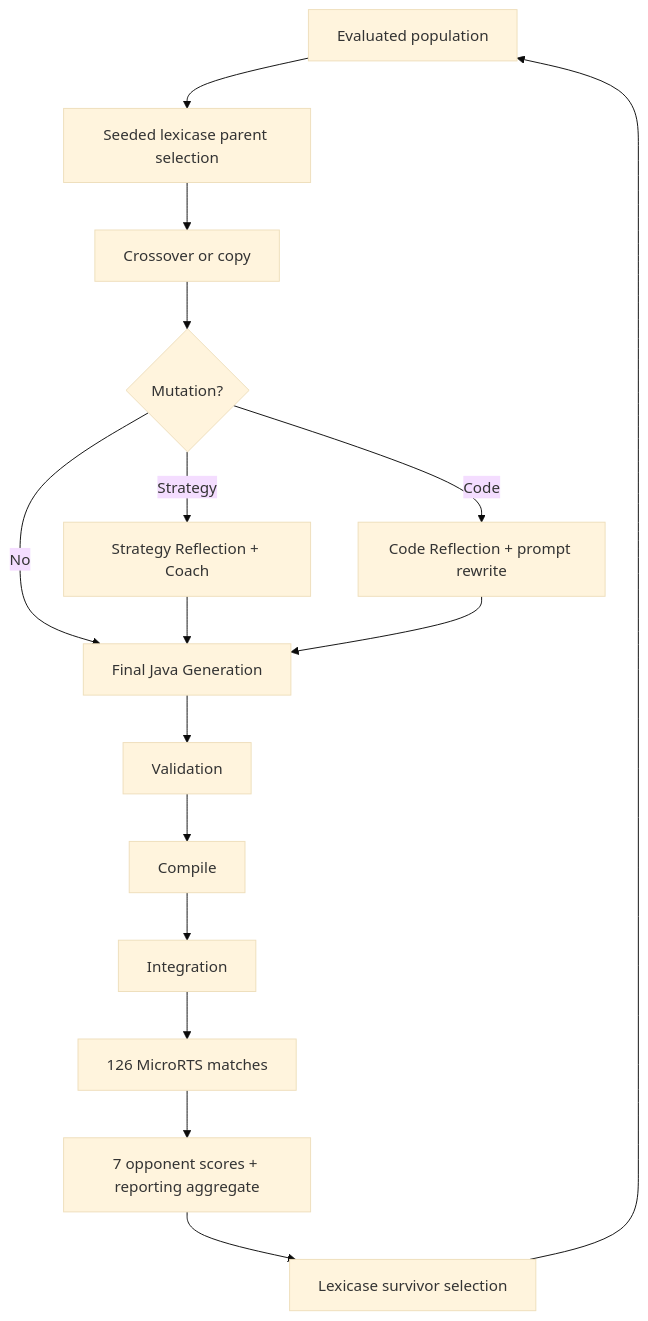
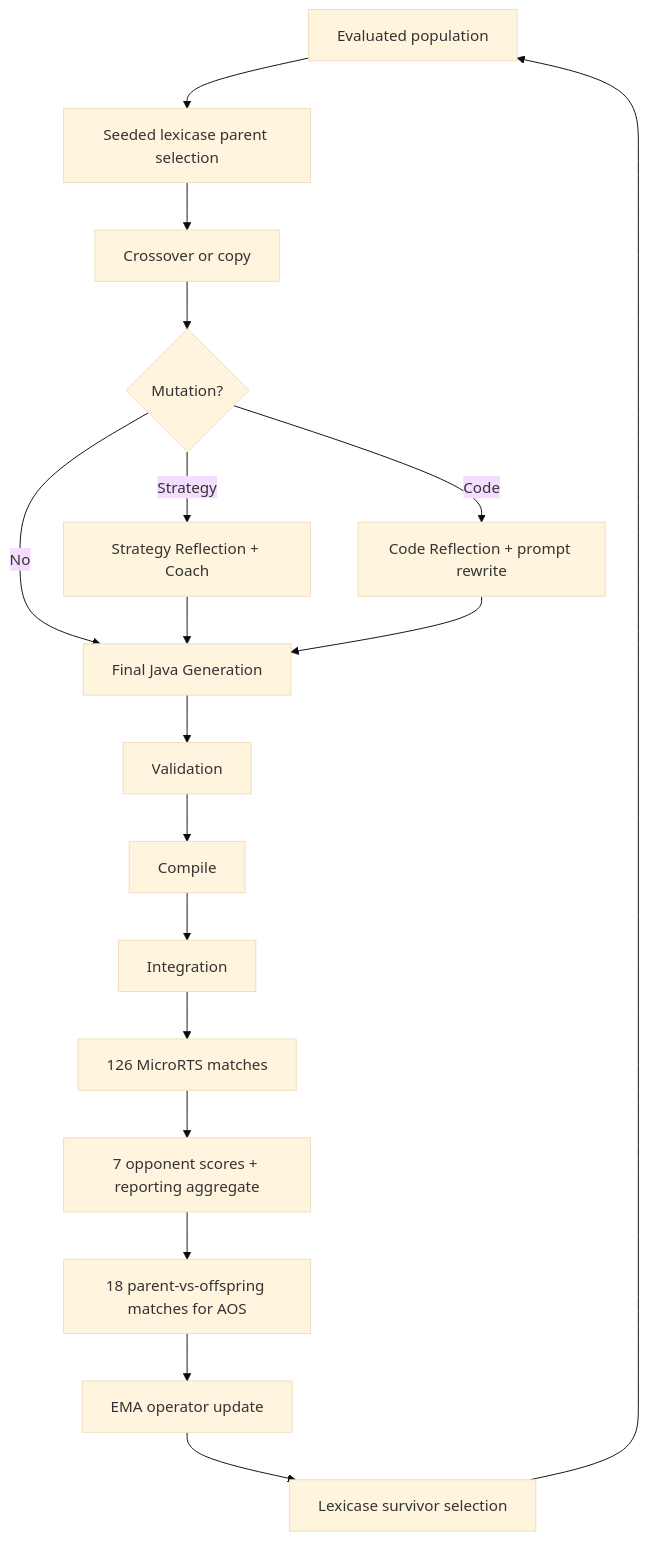
The diagram in docs/architecture/overview.md (sophie8909/EAGLE), drawn with Mermaid (base theme) before and after one commit. The commit also changed other lines of this file and 26 other files, not shown here.

Commit message:
feat(aos): reward operators via parent-offspring matches

````diff
--- a/docs/architecture/overview.md
+++ b/docs/architecture/overview.md
@@ -21,15 +21,17 @@
 ```mermaid
 flowchart TD
     P["Evaluated population"] --> S["Seeded lexicase parent selection"]
     S --> X["Crossover or copy"]
     X --> M{"Mutation?"}
     M -->|Strategy| SR["Strategy Reflection + Coach"]
     M -->|Code| CR["Code Reflection + prompt rewrite"]
     M -->|No| G["Final Java Generation"]
     SR --> G
     CR --> G
     G --> V["Validation"] --> C["Compile"] --> I["Integration"]
     I --> E["126 MicroRTS matches"]
     E --> O["7 opponent scores + reporting aggregate"]
-    O --> N["Lexicase survivor selection"] --> P
+    O --> H["18 parent-vs-offspring matches for AOS"]
+    H --> A["EMA operator update"]
+    A --> N["Lexicase survivor selection"] --> P
 ```
````
